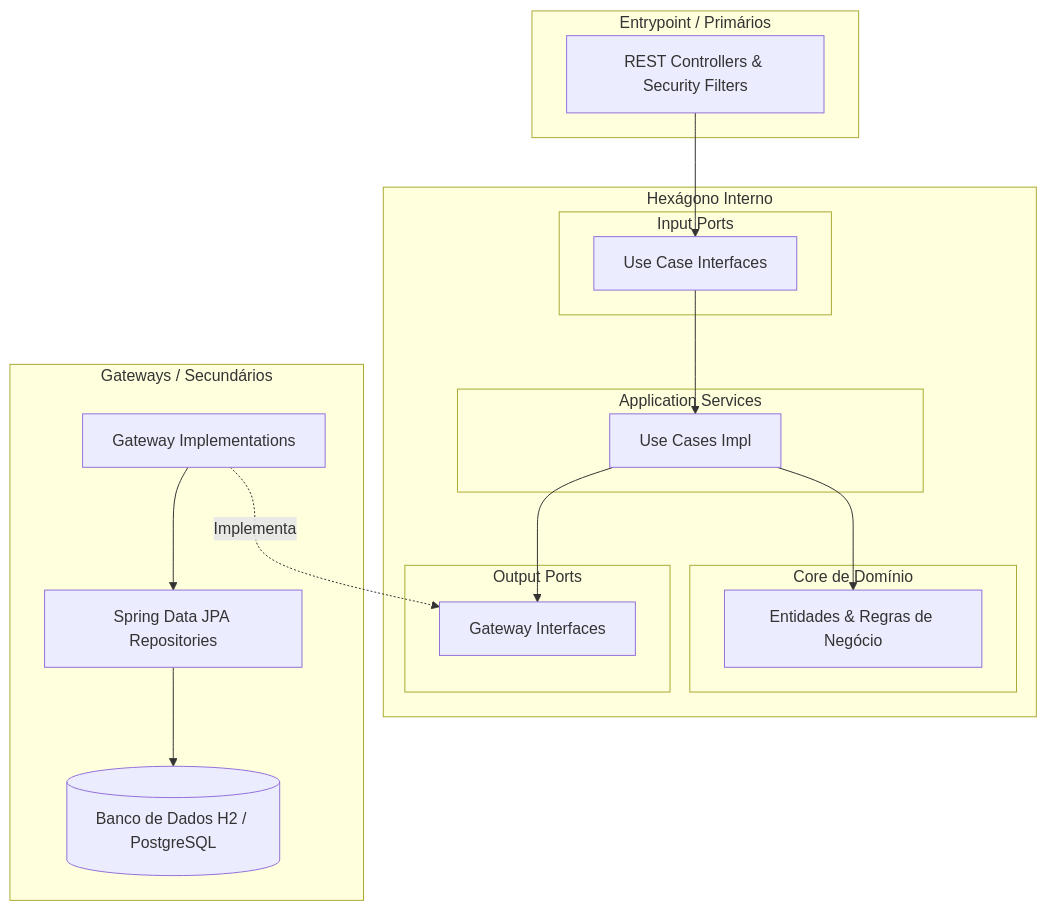
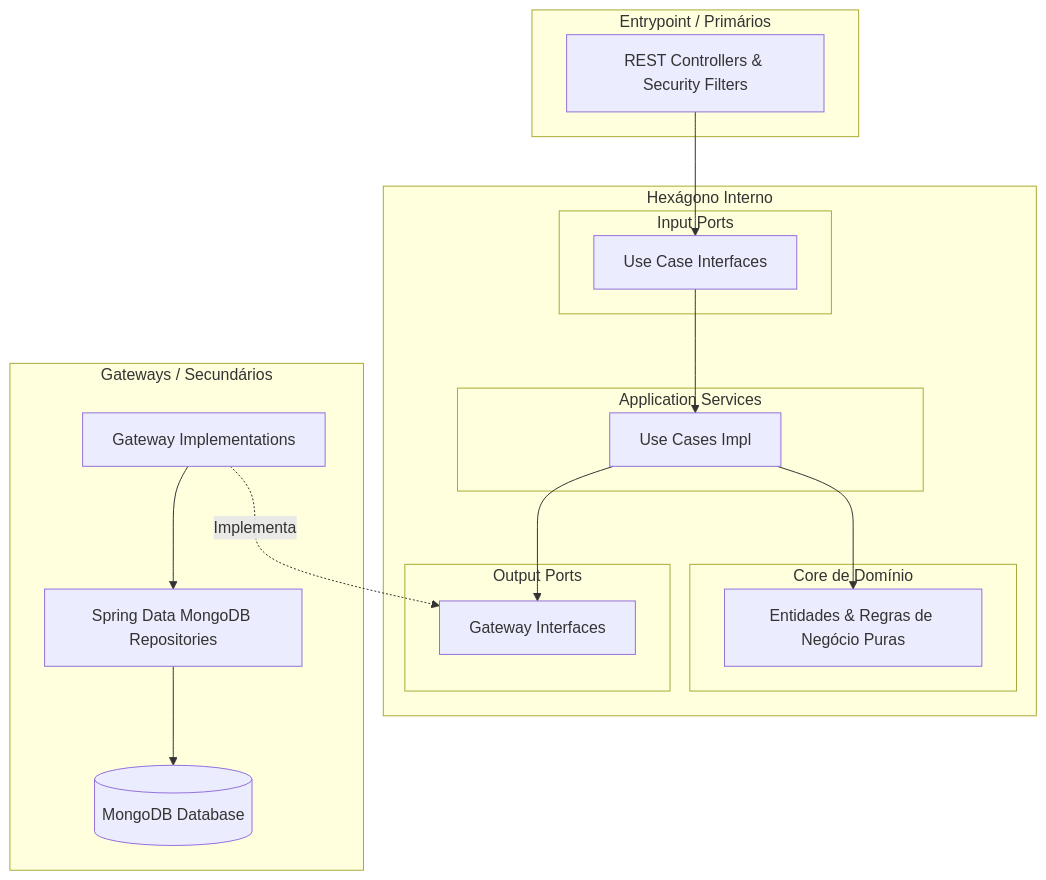
The diagram in README.md (thiagovscode/convite-cha-de-panela-backend), drawn with Mermaid before and after one commit. The commit also changed other lines of this file, not shown here.

````diff
--- a/README.md
+++ b/README.md
@@ -18,35 +19,35 @@
 ```mermaid
 graph TD
     subgraph Driving Adapters [Entrypoint / Primários]
         REST[REST Controllers & Security Filters]
     end
 
     subgraph Application Core [Hexágono Interno]
         subgraph Ports In [Input Ports]
             UC_Interfaces[Use Case Interfaces]
         end
         subgraph Application [Application Services]
             UC_Impl[Use Cases Impl]
         end
         subgraph Domain [Core de Domínio]
-            Entities[Entidades & Regras de Negócio]
+            Entities[Entidades & Regras de Negócio Puras]
         end
         subgraph Ports Out [Output Ports]
             GW_Interfaces[Gateway Interfaces]
         end
     end
 
     subgraph Driven Adapters [Gateways / Secundários]
         GW_Impl[Gateway Implementations]
-        Repo[Spring Data JPA Repositories]
-        DB[(Banco de Dados H2 / PostgreSQL)]
+        Repo[Spring Data MongoDB Repositories]
+        DB[(MongoDB Database)]
     end
 
     REST --> UC_Interfaces
     UC_Interfaces --> UC_Impl
     UC_Impl --> Entities
     UC_Impl --> GW_Interfaces
     GW_Impl -.->|Implementa| GW_Interfaces
     GW_Impl --> Repo
     Repo --> DB
 ```
````
